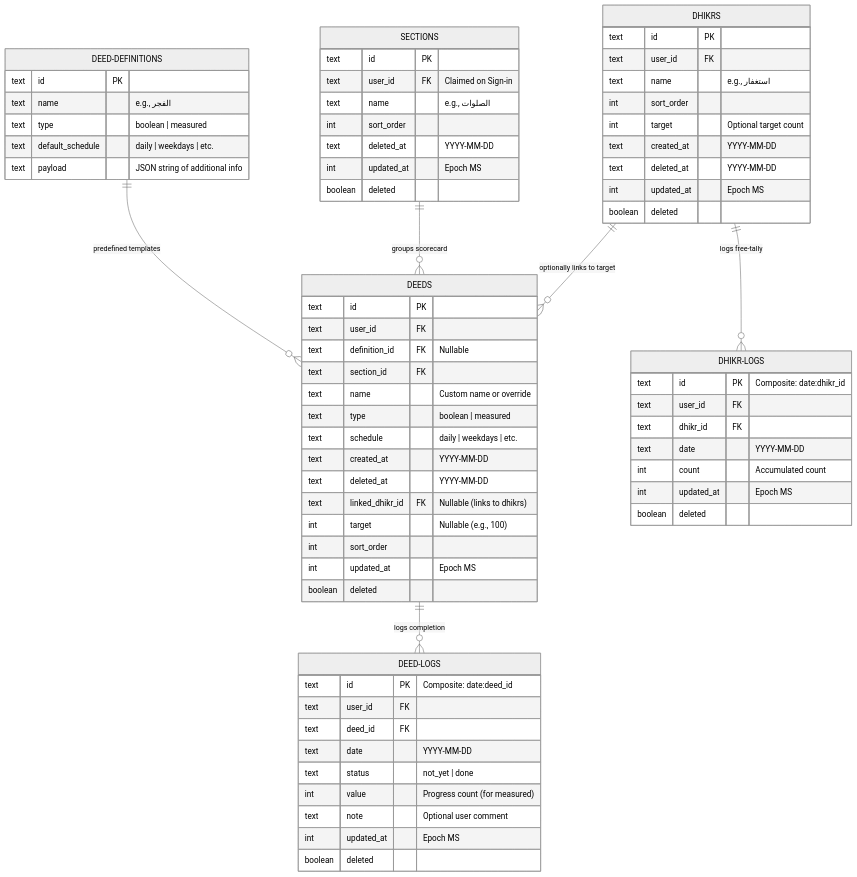
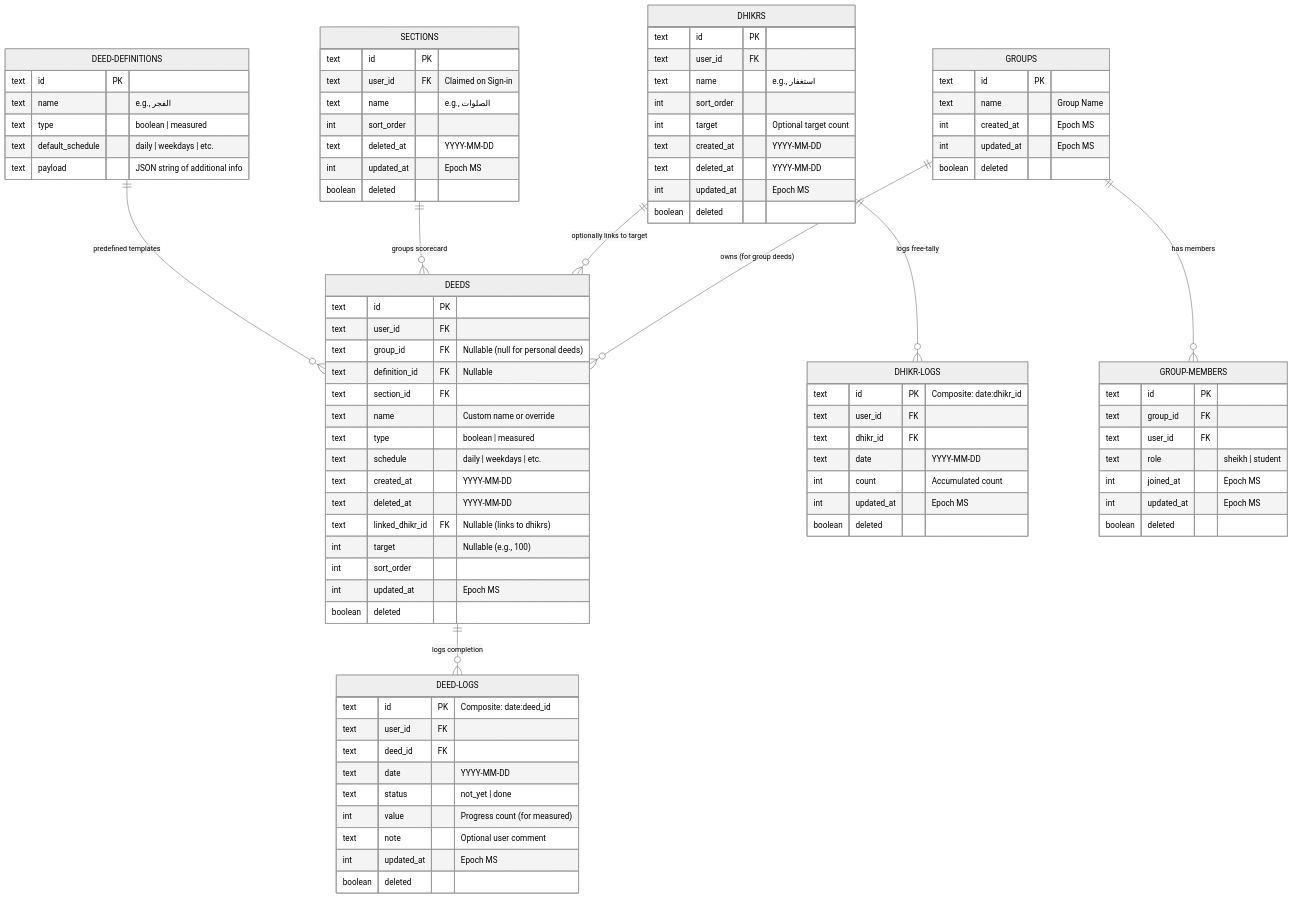
Before and after one commit to Abdelrhman-Hosny/muhasaba: the diagram in docs/schema_er_diagram.md, drawn with Mermaid (neutral theme). The commit also changed other lines of this file and 11 other files, not shown here.

```diff
--- a/docs/schema_er_diagram.md
+++ b/docs/schema_er_diagram.md
@@ -13,12 +13,33 @@
     DHIKRS ||--o{ DHIKR-LOGS : "logs free-tally"
     DHIKRS ||--o{ DEEDS : "optionally links to target"
 
+    GROUPS ||--o{ GROUP-MEMBERS : "has members"
+    GROUPS ||--o{ DEEDS : "owns (for group deeds)"
+
     DEED-DEFINITIONS {
         text id PK
         text name "e.g., الفجر"
         text type "boolean | measured"
         text default_schedule "daily | weekdays | etc."
         text payload "JSON string of additional info"
+    }
+
+    GROUPS {
+        text id PK
+        text name "Group Name"
+        int created_at "Epoch MS"
+        int updated_at "Epoch MS"
+        boolean deleted
+    }
+
+    GROUP-MEMBERS {
+        text id PK
+        text group_id FK
+        text user_id FK
+        text role "sheikh | student"
+        int joined_at "Epoch MS"
+        int updated_at "Epoch MS"
+        boolean deleted
     }
 
     SECTIONS {
@@ -46,6 +67,7 @@
     DEEDS {
         text id PK
         text user_id FK
+        text group_id FK "Nullable (null for personal deeds)"
         text definition_id FK "Nullable"
         text section_id FK
         text name "Custom name or override"
```
